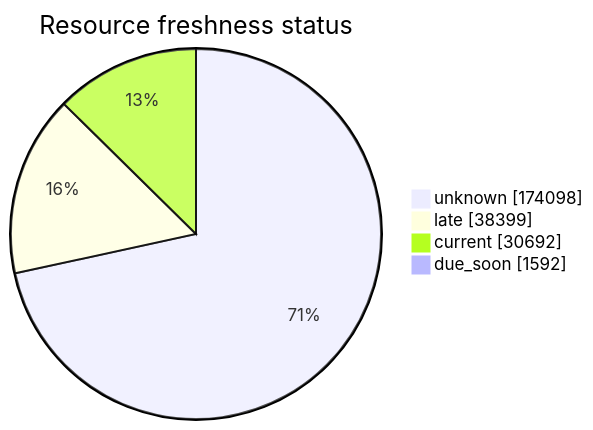
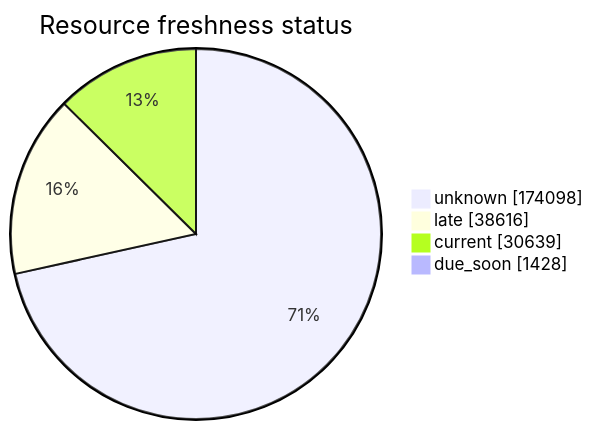
Before and after one commit to open-data/analytics-corporate-reporting: the third of 5 diagrams in FreshCheck/README.md, drawn with Mermaid. The commit also changed other lines of this file and 3 other files, not shown here.

````diff
--- a/FreshCheck/README.md
+++ b/FreshCheck/README.md
@@ -77,7 +77,7 @@
 ```mermaid
 pie showData title Resource freshness status
     "unknown": 174098
-    "late": 38399
-    "current": 30692
-    "due_soon": 1592
+    "late": 38616
+    "current": 30639
+    "due_soon": 1428
 ```
````
